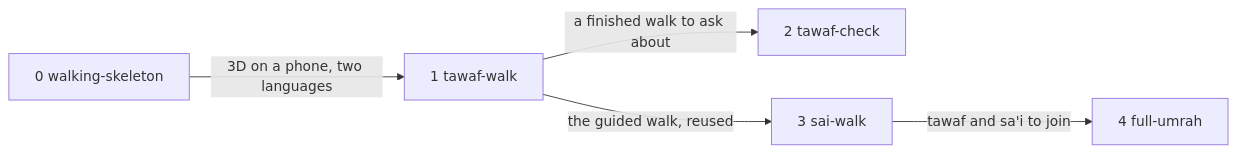
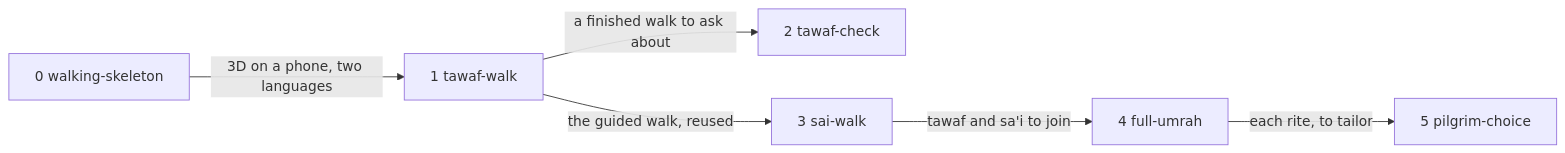
One commit to dzaffren/isfar changed the second of 2 diagrams in docs/specs/virtual-hajj/shape.md. Above: the diagram before and after it, drawn with Mermaid. The commit also changed other lines of this file and 41 other files, not shown here.

````diff
--- a/docs/specs/virtual-hajj/shape.md
+++ b/docs/specs/virtual-hajj/shape.md
@@ -30,7 +30,8 @@
 ```mermaid
 flowchart LR
     S0[0 walking-skeleton] -->|3D on a phone, two languages| S1[1 tawaf-walk]
     S1 -->|a finished walk to ask about| S2[2 tawaf-check]
     S1 -->|the guided walk, reused| S3[3 sai-walk]
     S3 -->|tawaf and sa'i to join| S4[4 full-umrah]
+    S4 -->|each rite, to tailor| S5[5 pilgrim-choice]
 ```
````
